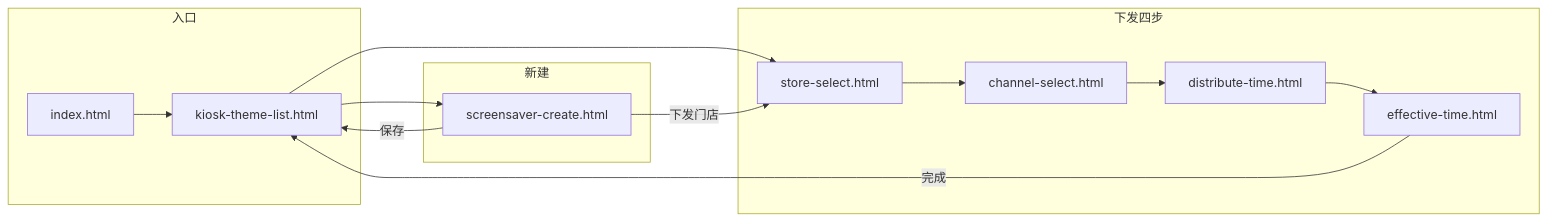
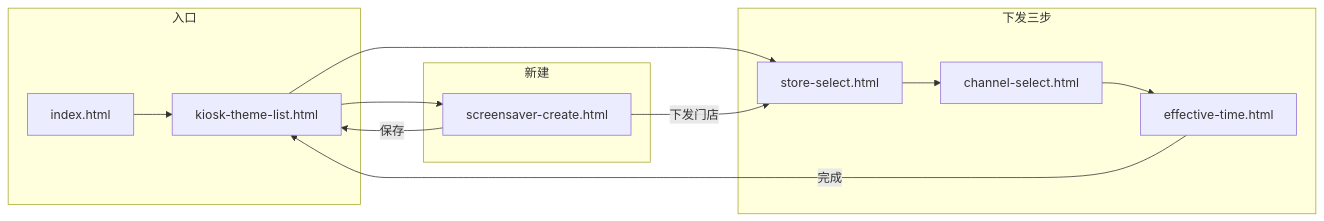
One commit to cflyindance/setcenter changed the diagram in 屏保新建到完成流程说明.md. Above: the diagram before and after it, drawn with Mermaid. The commit also changed other lines of this file and 14 other files, not shown here.

````diff
--- a/屏保新建到完成流程说明.md
+++ b/屏保新建到完成流程说明.md
@@ -117,23 +106,22 @@
 ```mermaid
 flowchart LR
   subgraph entry [入口]
     A[index.html]
     L[kiosk-theme-list.html]
   end
   subgraph create [新建]
     C[screensaver-create.html]
   end
-  subgraph distribute [下发四步]
+  subgraph distribute [下发三步]
     S[store-select.html]
     H[channel-select.html]
-    D[distribute-time.html]
     E[effective-time.html]
   end
   A --> L
   L --> C
   L --> S
   C -->|保存| L
   C -->|下发门店| S
-  S --> H --> D --> E
+  S --> H --> E
   E -->|完成| L
 ```
````
